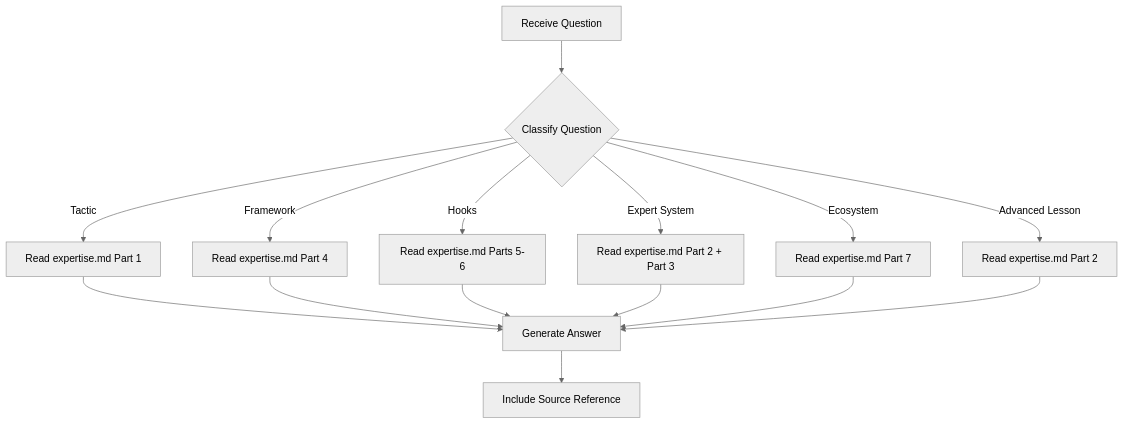
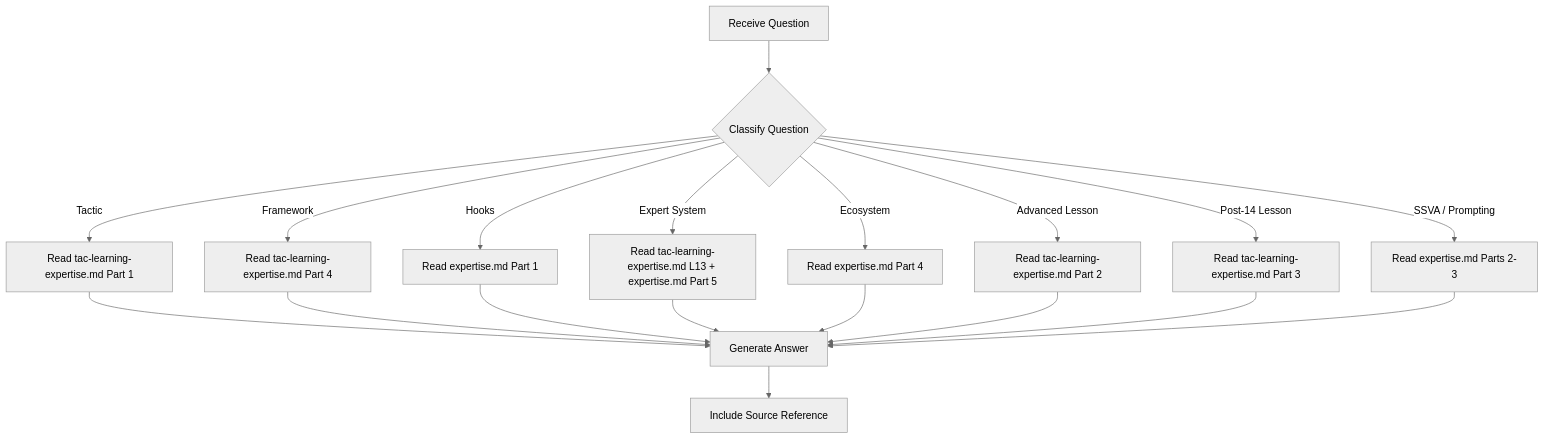
Before and after one commit to gblack686/sample-multi-tenant-agent-core-app: the diagram in tac-experts-plugin/commands/experts/tac/question.md, drawn with Mermaid (neutral theme). The commit also changed other lines of this file and 41 other files, not shown here.

First line of the commit message:
feat: expand tac-experts-plugin with hooks expert, examples, scripts, and TAC overhaul

````diff
--- a/tac-experts-plugin/commands/experts/tac/question.md
+++ b/tac-experts-plugin/commands/experts/tac/question.md
@@ -119,17 +158,21 @@
 ```mermaid
 flowchart TD
     A[Receive Question] --> B{Classify Question}
-    B -->|Tactic| C[Read expertise.md Part 1]
-    B -->|Framework| D[Read expertise.md Part 4]
-    B -->|Hooks| E[Read expertise.md Parts 5-6]
-    B -->|Expert System| F[Read expertise.md Part 2 + Part 3]
-    B -->|Ecosystem| G[Read expertise.md Part 7]
-    B -->|Advanced Lesson| H[Read expertise.md Part 2]
-    C --> I[Generate Answer]
-    D --> I
-    E --> I
-    F --> I
-    G --> I
-    H --> I
-    I --> J[Include Source Reference]
+    B -->|Tactic| C[Read tac-learning-expertise.md Part 1]
+    B -->|Framework| D[Read tac-learning-expertise.md Part 4]
+    B -->|Hooks| E[Read expertise.md Part 1]
+    B -->|Expert System| F[Read tac-learning-expertise.md L13 + expertise.md Part 5]
+    B -->|Ecosystem| G[Read expertise.md Part 4]
+    B -->|Advanced Lesson| H[Read tac-learning-expertise.md Part 2]
+    B -->|Post-14 Lesson| I2[Read tac-learning-expertise.md Part 3]
+    B -->|SSVA / Prompting| J2[Read expertise.md Parts 2-3]
+    C --> K[Generate Answer]
+    D --> K
+    E --> K
+    F --> K
+    G --> K
+    H --> K
+    I2 --> K
+    J2 --> K
+    K --> L[Include Source Reference]
 ```
````
